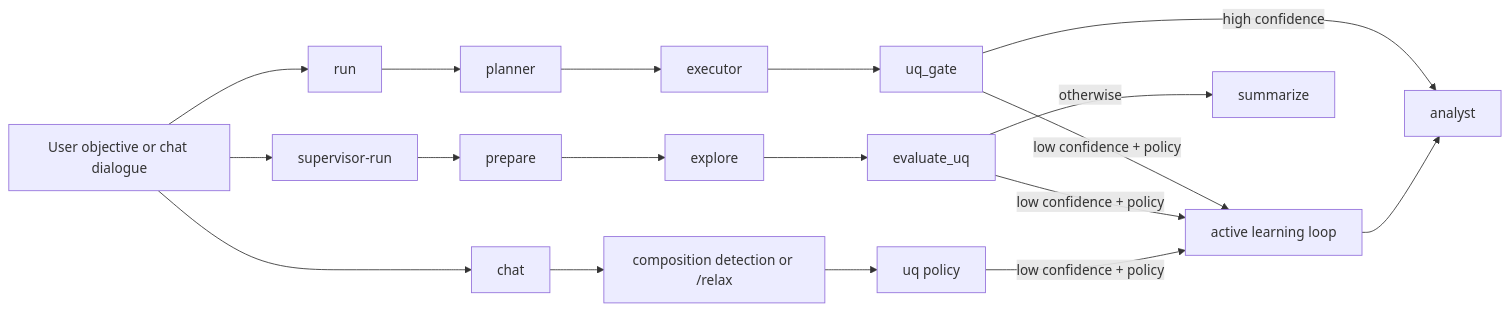
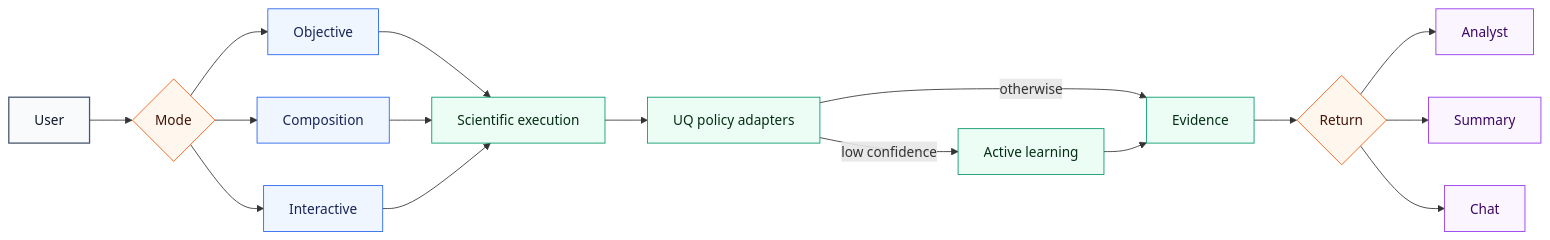
The diagram in docs/workflows/agentic-ai-workflow-slides.md (ORNL/matsim-agents), drawn with Mermaid before and after one commit. The commit also changed 131 other files, not shown here.

````diff
--- a/docs/workflows/agentic-ai-workflow-slides.md
+++ b/docs/workflows/agentic-ai-workflow-slides.md
@@ -5,24 +5,32 @@
 ```mermaid
 flowchart LR
-    U[User objective or chat dialogue]
+    U[User] --> G{Mode}
+    G --> O[Objective]
+    G --> P[Composition]
+    G --> I[Interactive]
 
-    U --> R0[run]
-    R0 --> R1[planner]
-    R1 --> R2[executor]
-    R2 --> R3[uq_gate]
-    R3 -->|high confidence| R4[analyst]
-    R3 -->|low confidence + policy| AL[active learning loop]
-    AL --> R4
+    O --> X[Scientific execution]
+    P --> X
+    I --> X
 
-    U --> S0[supervisor-run]
-    S0 --> S1[prepare]
-    S1 --> S2[explore]
-    S2 --> S3[evaluate_uq]
-    S3 -->|low confidence + policy| AL
-    S3 -->|otherwise| S4[summarize]
+    X --> Q[UQ policy adapters]
+    Q -->|low confidence| AL[Active learning]
+    Q -->|otherwise| E[Evidence]
+    AL --> E
 
-    U --> C0[chat]
-    C0 --> C1[composition detection or /relax]
-    C1 --> C2[uq policy]
-    C2 -->|low confidence + policy| AL
+    E --> R{Return}
+    R --> OA[Analyst]
+    R --> PS[Summary]
+    R --> IR[Chat]
+
+    classDef entry fill:#f8fafc,stroke:#475569,color:#0f172a,stroke-width:1.5px
+    classDef mode fill:#eff6ff,stroke:#2563eb,color:#172554
+    classDef science fill:#ecfdf5,stroke:#059669,color:#052e16
+    classDef decision fill:#fff7ed,stroke:#ea580c,color:#431407
+    classDef output fill:#faf5ff,stroke:#9333ea,color:#3b0764
+    class U entry
+    class G,R decision
+    class O,P,I mode
+    class X,Q,AL,E science
+    class OA,PS,IR output
 ```
````
